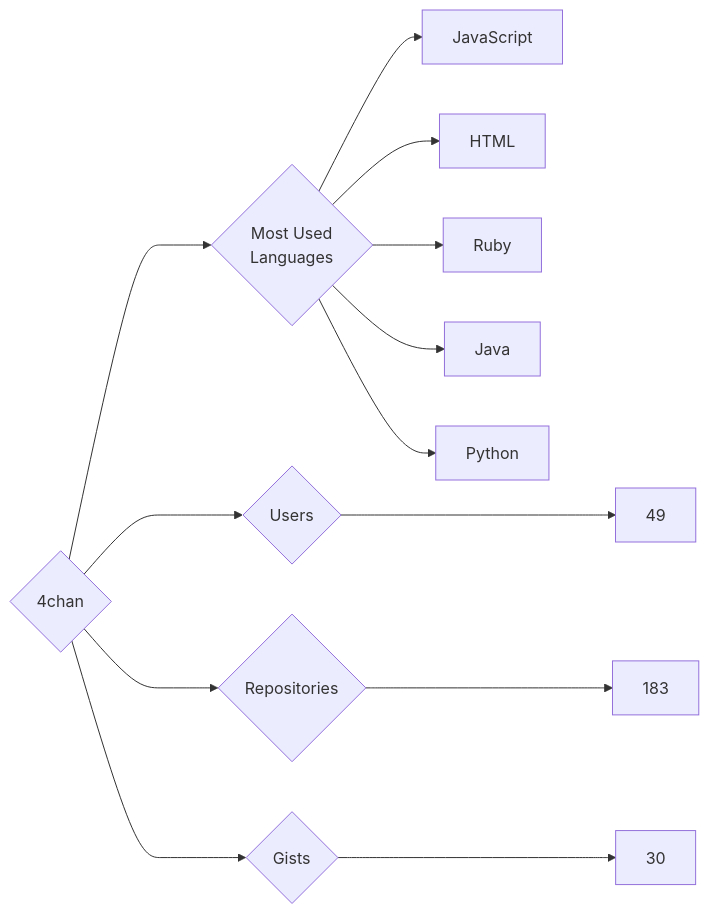
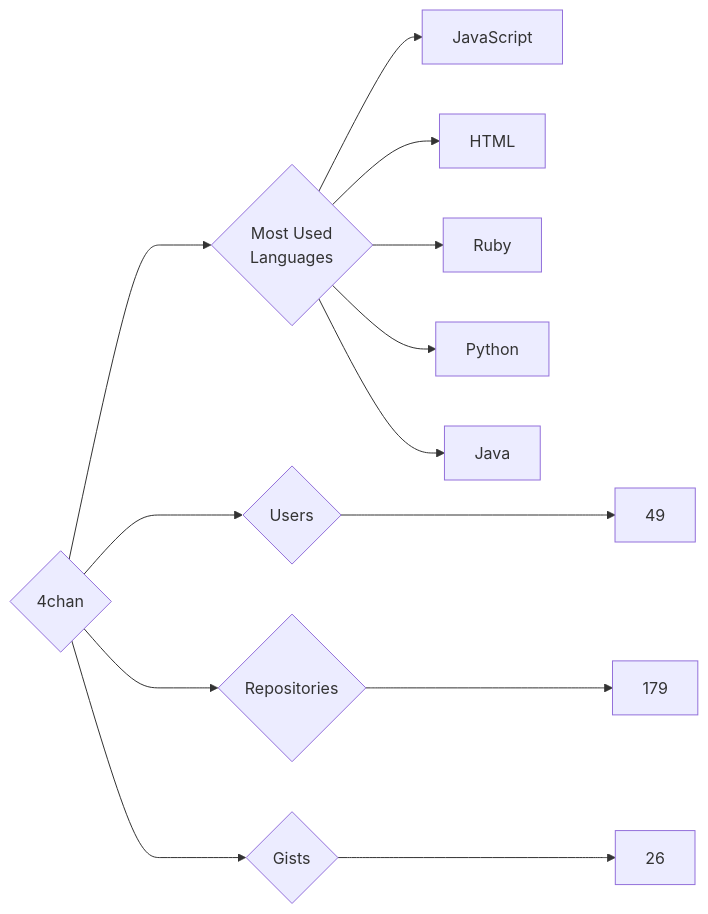
One commit to trickest/insiders changed the diagram in targets/4chan/README.md. Above: the diagram before and after it, drawn with Mermaid. The commit also changed 865 other files, not shown here.

````diff
--- a/targets/4chan/README.md
+++ b/targets/4chan/README.md
@@ -3,13 +3,13 @@
 ```mermaid
 graph LR
 COMPANY_NAME{4chan}
 COMPANY_NAME ---> U{Users} ---> UN[49]
-COMPANY_NAME ---> R{Repositories} ---> RN[183]
-COMPANY_NAME ---> G{Gists} ---> GN[30]
+COMPANY_NAME ---> R{Repositories} ---> RN[179]
+COMPANY_NAME ---> G{Gists} ---> GN[26]
 COMPANY_NAME ---> ML{Most Used<br>Languages}
 ML --> JavaScript[JavaScript]
 ML --> HTML[HTML]
 ML --> Ruby[Ruby]
+ML --> Python[Python]
 ML --> Java[Java]
-ML --> Python[Python]
 ```
````
